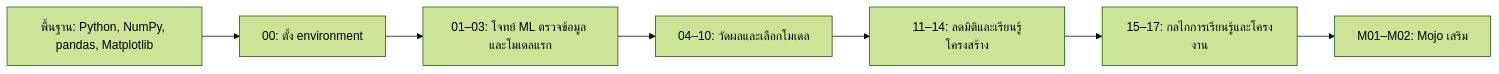
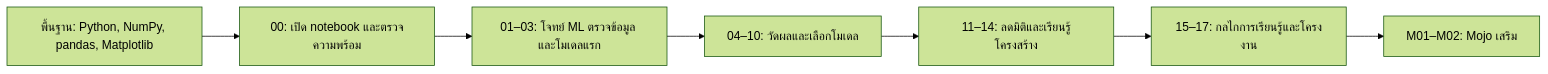
Before and after one commit to KOPE-SOLUTION/machine-learning: the diagram in README.md, drawn with Mermaid (forest theme). The commit also changed other lines of this file and 42 other files, not shown here.

````diff
--- a/README.md
+++ b/README.md
@@ -49,9 +44,9 @@
 ```mermaid
 flowchart LR
-  P["พื้นฐาน: Python, NumPy, pandas, Matplotlib"] --> R["00: ตั้ง environment"]
+  P["พื้นฐาน: Python, NumPy, pandas, Matplotlib"] --> R["00: เปิด notebook และตรวจความพร้อม"]
   R --> A["01–03: โจทย์ ML ตรวจข้อมูล และโมเดลแรก"]
   A --> B["04–10: วัดผลและเลือกโมเดล"]
   B --> C["11–14: ลดมิติและเรียนรู้โครงสร้าง"]
   C --> D["15–17: กลไกการเรียนรู้และโครงงาน"]
   D --> E["M01–M02: Mojo เสริม"]
 ```
````
